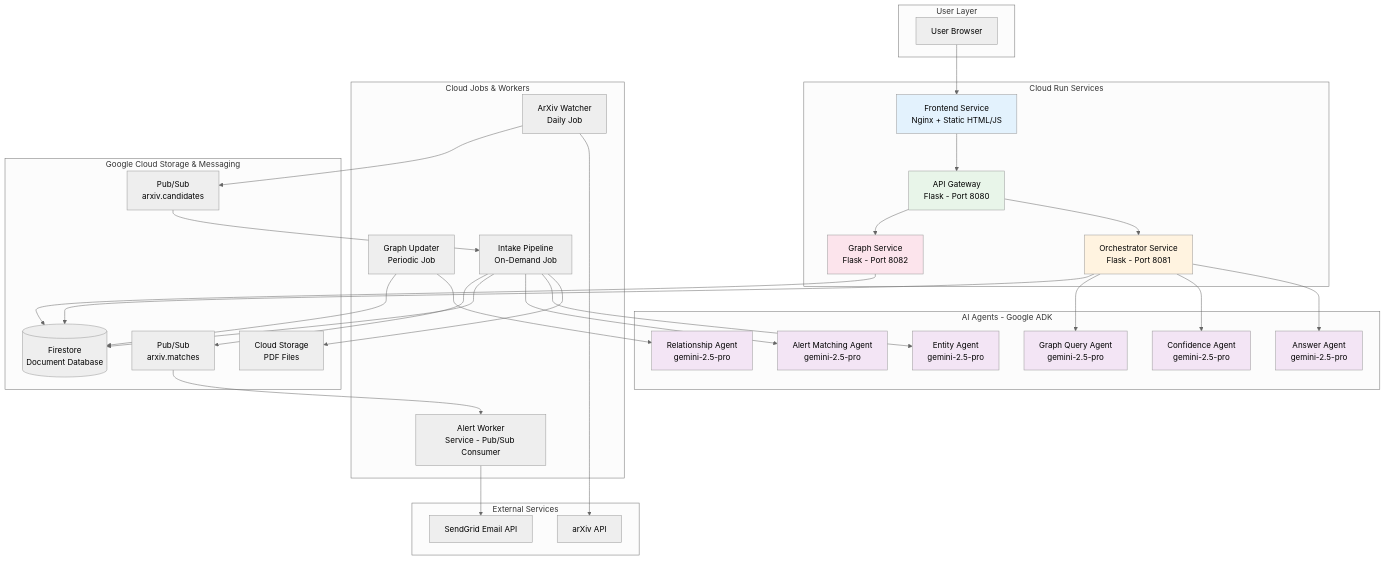
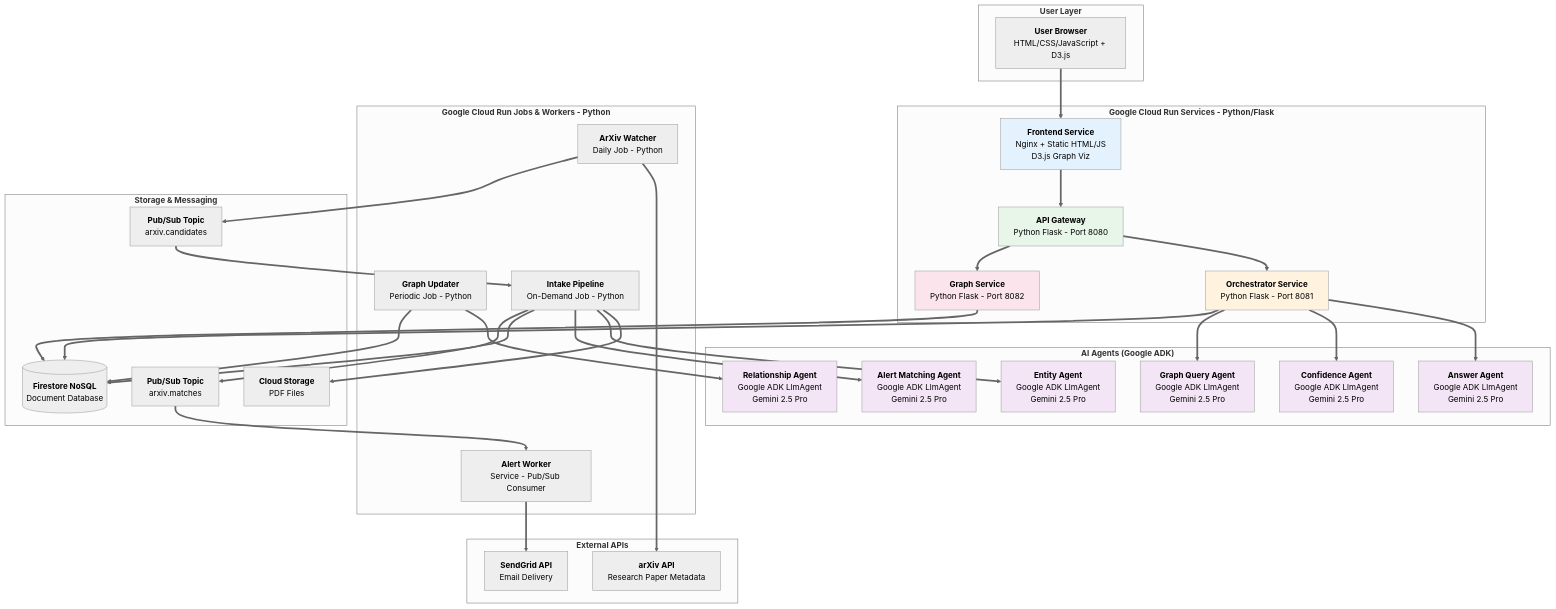
Before and after one commit to kar-ganap/research-intelligence-agents: the first of 8 diagrams in ARCHITECTURE.md, drawn with Mermaid (neutral theme). The commit also changed other lines of this file and 14 other files, not shown here.

````diff
--- a/ARCHITECTURE.md
+++ b/ARCHITECTURE.md
@@ -9,80 +11,80 @@
 ```mermaid
 graph TB
-    subgraph "User Layer"
-        User[User Browser]
+    subgraph ul["<b style='font-size:16px'>User Layer</b>"]
+        User["<b>User Browser</b><br/>HTML/CSS/JavaScript + D3.js"]
     end
 
-    subgraph "Cloud Run Services"
-        Frontend[Frontend Service<br/>Nginx + Static HTML/JS]
-        APIGateway[API Gateway<br/>Flask - Port 8080]
-        Orchestrator[Orchestrator Service<br/>Flask - Port 8081]
-        GraphService[Graph Service<br/>Flask - Port 8082]
+    subgraph cr["<b style='font-size:16px'>Google Cloud Run Services - Python/Flask</b>"]
+        Frontend["<b>Frontend Service</b><br/>Nginx + Static HTML/JS<br/>D3.js Graph Viz"]
+        APIGateway["<b>API Gateway</b><br/>Python Flask - Port 8080"]
+        Orchestrator["<b>Orchestrator Service</b><br/>Python Flask - Port 8081"]
+        GraphService["<b>Graph Service</b><br/>Python Flask - Port 8082"]
     end
 
-    subgraph "Cloud Jobs & Workers"
-        ArxivWatcher[ArXiv Watcher<br/>Daily Job]
-        GraphUpdater[Graph Updater<br/>Periodic Job]
-        IntakePipeline[Intake Pipeline<br/>On-Demand Job]
-        AlertWorker[Alert Worker<br/>Service - Pub/Sub Consumer]
+    subgraph jw["<b style='font-size:16px'>Google Cloud Run Jobs & Workers - Python</b>"]
+        ArxivWatcher["<b>ArXiv Watcher</b><br/>Daily Job - Python"]
+        GraphUpdater["<b>Graph Updater</b><br/>Periodic Job - Python"]
+        IntakePipeline["<b>Intake Pipeline</b><br/>On-Demand Job - Python"]
+        AlertWorker["<b>Alert Worker</b><br/>Service - Pub/Sub Consumer"]
     end
 
-    subgraph "Google Cloud Storage & Messaging"
-        Firestore[(Firestore<br/>Document Database)]
-        CloudStorage[Cloud Storage<br/>PDF Files]
-        PubSubCandidates[Pub/Sub<br/>arxiv.candidates]
-        PubSubMatches[Pub/Sub<br/>arxiv.matches]
+    subgraph ai["<b style='font-size:16px'>AI Agents (Google ADK)</b>"]
+        EntityAgent["<b>Entity Agent</b><br/>Google ADK LlmAgent<br/>Gemini 2.5 Pro"]
+        RelAgent["<b>Relationship Agent</b><br/>Google ADK LlmAgent<br/>Gemini 2.5 Pro"]
+        GraphQueryAgent["<b>Graph Query Agent</b><br/>Google ADK LlmAgent<br/>Gemini 2.5 Pro"]
+        AnswerAgent["<b>Answer Agent</b><br/>Google ADK LlmAgent<br/>Gemini 2.5 Pro"]
+        ConfAgent["<b>Confidence Agent</b><br/>Google ADK LlmAgent<br/>Gemini 2.5 Pro"]
+        AlertAgent["<b>Alert Matching Agent</b><br/>Google ADK LlmAgent<br/>Gemini 2.5 Pro"]
     end
 
-    subgraph "AI Agents - Google ADK"
-        EntityAgent[Entity Agent<br/>gemini-2.5-pro]
-        RelAgent[Relationship Agent<br/>gemini-2.5-pro]
-        GraphQueryAgent[Graph Query Agent<br/>gemini-2.5-pro]
-        AnswerAgent[Answer Agent<br/>gemini-2.5-pro]
-        ConfAgent[Confidence Agent<br/>gemini-2.5-pro]
-        AlertAgent[Alert Matching Agent<br/>gemini-2.5-pro]
+    subgraph gcp["<b style='font-size:16px'>Storage & Messaging</b>"]
+        Firestore[("<b>Firestore NoSQL</b><br/>Document Database")]
+        CloudStorage["<b>Cloud Storage</b><br/>PDF Files"]
+        PubSubCandidates["<b>Pub/Sub Topic</b><br/>arxiv.candidates"]
+        PubSubMatches["<b>Pub/Sub Topic</b><br/>arxiv.matches"]
     end
 
-    subgraph "External Services"
-        ArxivAPI[arXiv API]
-        SendGrid[SendGrid Email API]
+    subgraph ext["<b style='font-size:16px'>External APIs</b>"]
+        ArxivAPI["<b>arXiv API</b><br/>Research Paper Metadata"]
+        SendGrid["<b>SendGrid API</b><br/>Email Delivery"]
     end
 
-    User --> Frontend
-    Frontend --> APIGateway
-    APIGateway --> Orchestrator
-    APIGateway --> GraphService
+    User ==> Frontend
+    Frontend ==> APIGateway
+    APIGateway ==> Orchestrator
+    APIGateway ==> GraphService
 
-    Orchestrator --> AnswerAgent
-    Orchestrator --> ConfAgent
-    Orchestrator --> GraphQueryAgent
-    Orchestrator --> Firestore
+    Orchestrator ==> AnswerAgent
+    Orchestrator ==> ConfAgent
+    Orchestrator ==> GraphQueryAgent
+    Orchestrator ==> Firestore
 
-    GraphService --> Firestore
+    GraphService ==> Firestore
 
-    ArxivWatcher --> ArxivAPI
-    ArxivWatcher --> PubSubCandidates
-    PubSubCandidates --> IntakePipeline
+    ArxivWatcher ==> ArxivAPI
+    ArxivWatcher ==> PubSubCandidates
+    PubSubCandidates ==> IntakePipeline
 
-    IntakePipeline --> CloudStorage
-    IntakePipeline --> EntityAgent
-    IntakePipeline --> AlertAgent
-    IntakePipeline --> Firestore
-    IntakePipeline --> PubSubMatches
+    IntakePipeline ==> CloudStorage
+    IntakePipeline ==> EntityAgent
+    IntakePipeline ==> AlertAgent
+    IntakePipeline ==> Firestore
+    IntakePipeline ==> PubSubMatches
 
-    GraphUpdater --> RelAgent
-    GraphUpdater --> Firestore
+    GraphUpdater ==> RelAgent
+    GraphUpdater ==> Firestore
 
-    PubSubMatches --> AlertWorker
-    AlertWorker --> SendGrid
+    PubSubMatches ==> AlertWorker
+    AlertWorker ==> SendGrid
 
     style Frontend fill:#e3f2fd
     style APIGateway fill:#e8f5e9
     style Orchestrator fill:#fff3e0
     style GraphService fill:#fce4ec
     style EntityAgent fill:#f3e5f5
     style RelAgent fill:#f3e5f5
     style GraphQueryAgent fill:#f3e5f5
     style AnswerAgent fill:#f3e5f5
     style ConfAgent fill:#f3e5f5
     style AlertAgent fill:#f3e5f5
 ```
````
